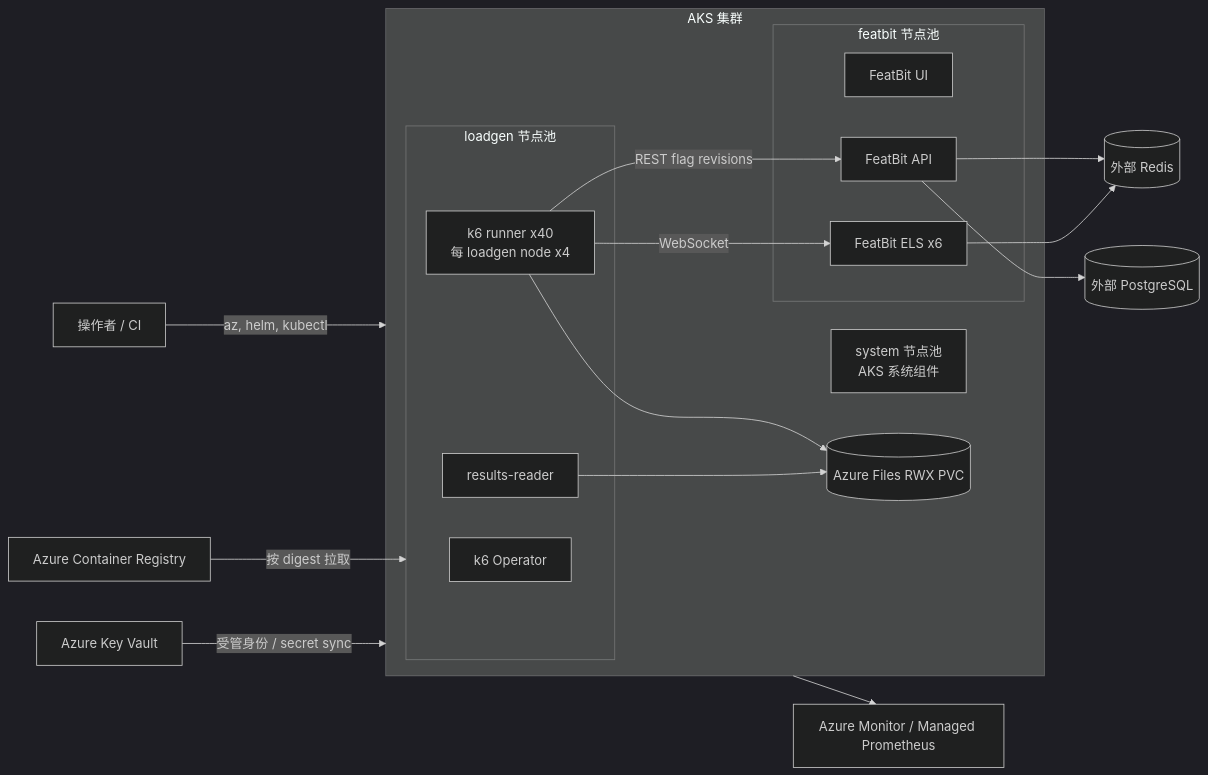
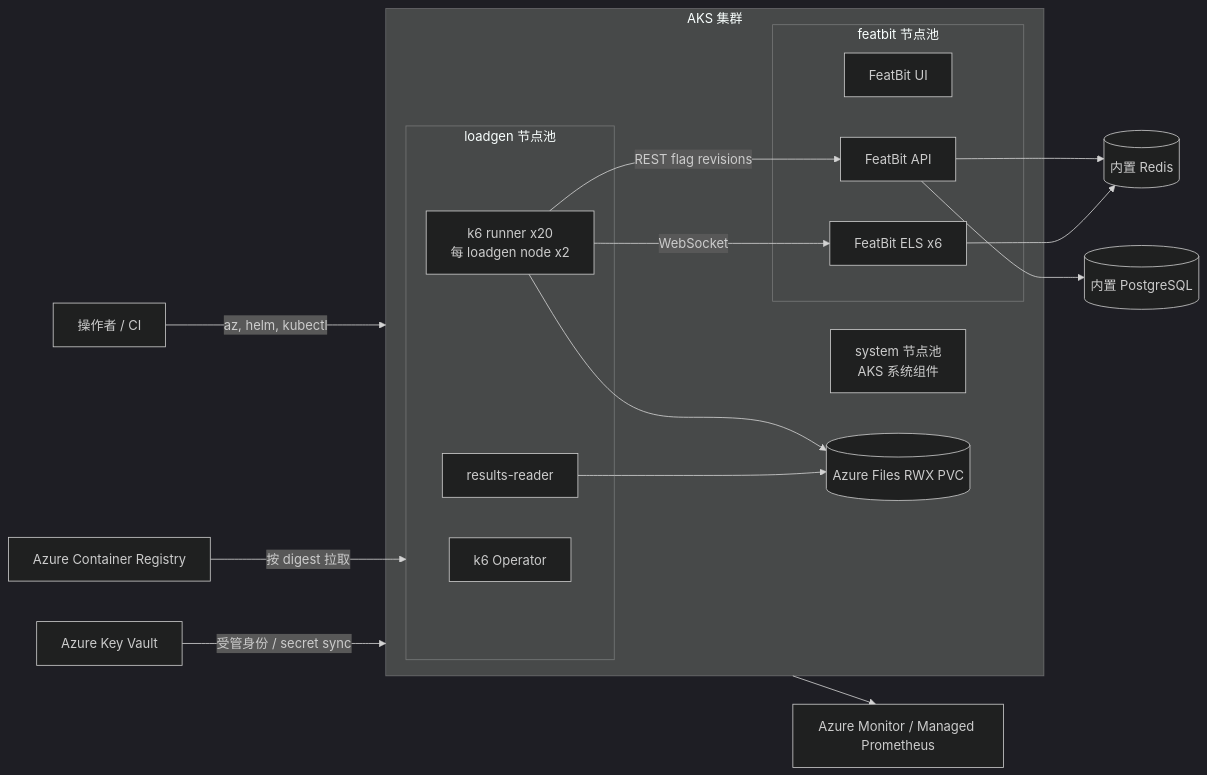
The diagram in server-sdk-load-test/k8s-infra/README-AKS.md (featbit/featbit-load-testing), drawn with Mermaid (dark theme) before and after one commit. The commit also changed other lines of this file and 49 other files, not shown here.

````diff
--- a/server-sdk-load-test/k8s-infra/README-AKS.md
+++ b/server-sdk-load-test/k8s-infra/README-AKS.md
@@ -77,30 +103,30 @@
 ```mermaid
 flowchart LR
     Operator[操作者 / CI] -->|az, helm, kubectl| AKS
     ACR[Azure Container Registry] -->|按 digest 拉取| Loadgen
     KV[Azure Key Vault] -->|受管身份 / secret sync| AKS
 
     subgraph AKS[AKS 集群]
         System[system 节点池<br/>AKS 系统组件]
         subgraph Target[featbit 节点池]
             UI[FeatBit UI]
             API[FeatBit API]
             ELS[FeatBit ELS x6]
         end
         subgraph Loadgen[loadgen 节点池]
             K6O[k6 Operator]
-            Runner[k6 runner x40<br/>每 loadgen node x4]
+            Runner[k6 runner x20<br/>每 loadgen node x2]
             Results[results-reader]
         end
         Files[(Azure Files RWX PVC)]
     end
 
     Runner -->|WebSocket| ELS
     Runner -->|REST flag revisions| API
     Runner --> Files
     Results --> Files
-    API --> PG[(外部 PostgreSQL)]
-    API --> Redis[(外部 Redis)]
+    API --> PG[(内置 PostgreSQL)]
+    API --> Redis[(内置 Redis)]
     ELS --> Redis
     AKS --> Monitor[Azure Monitor / Managed Prometheus]
 ```
````
